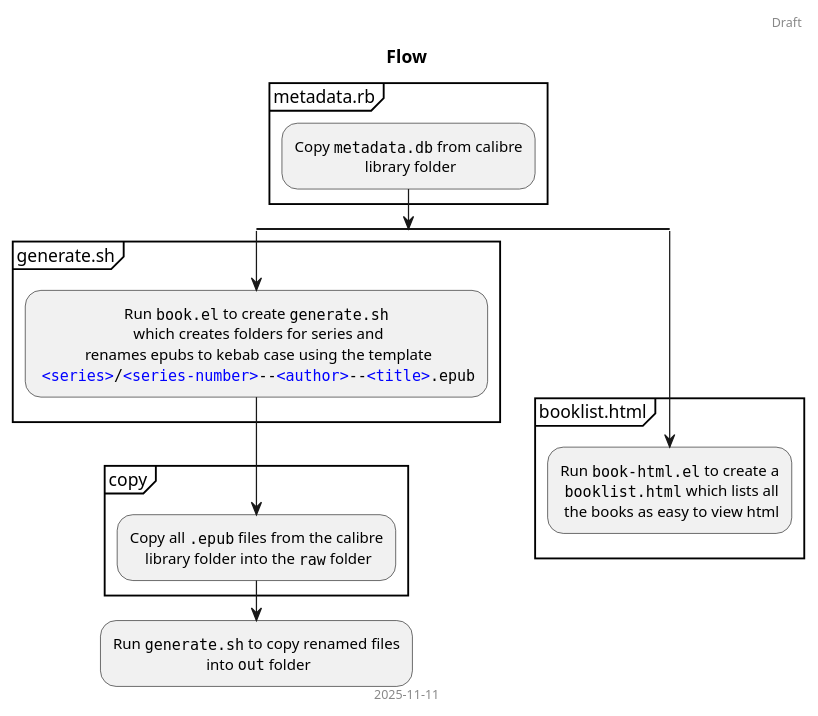
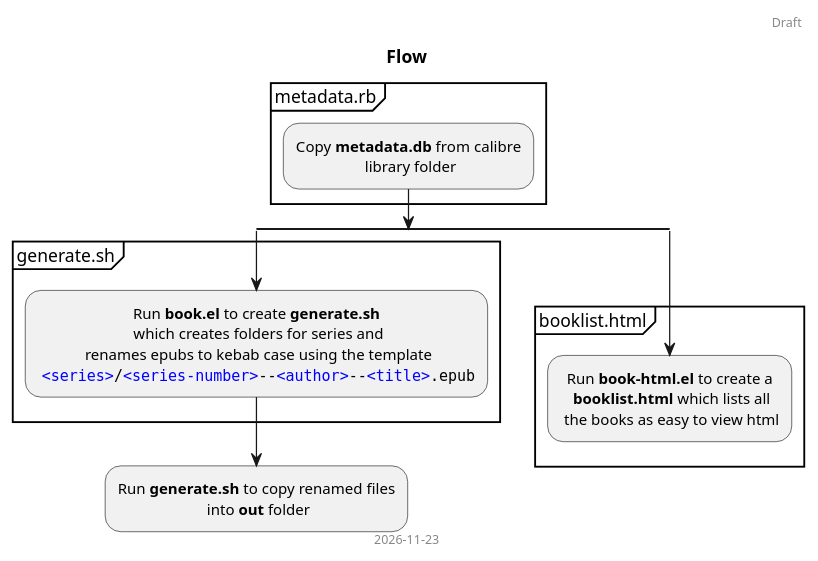
Before and after one commit to xshyamx/calibre-utils: the diagram in docs/img/flow.plantuml, drawn with PlantUML. The commit also changed 2 other files, not shown here.

Commit message:
Remove raw target and its references

```diff
--- a/docs/img/flow.plantuml
+++ b/docs/img/flow.plantuml
@@ -1,35 +1,31 @@
 @startuml
 ' flow
 header Draft
 title Flow
-footer 2025-11-11
+footer 2026-11-23
 skinparam defaultTextAlignment center
 
 partition metadata.rb {
-  :Copy ""metadata.db"" from calibre
+  :Copy **metadata.db** from calibre
    library folder;
 }
 
 split
   partition generate.sh {
-    :Run ""book.el"" to create ""generate.sh""
+    :Run **book.el** to create **generate.sh**
      which creates folders for series and
      renames epubs to kebab case using the template
      ""<color:blue><series></color>/<color:blue><series-number></color>~--<color:blue><author></color>~--<color:blue><title></color>.epub"";
   }
-  partition copy {
-    :Copy all "".epub"" files from the calibre
-     library folder into the ""raw"" folder;
-  }
-  :Run ""generate.sh"" to copy renamed files
-   into ""out"" folder;
+  :Run **generate.sh** to copy renamed files
+   into **out** folder;
   detach
 split again
   partition booklist.html {
-    :Run ""book-html.el"" to create a
-     ""booklist.html"" which lists all
+    :Run **book-html.el** to create a
+     **booklist.html** which lists all
      the books as easy to view html;
   }
    detach
 end split
 @enduml
```
